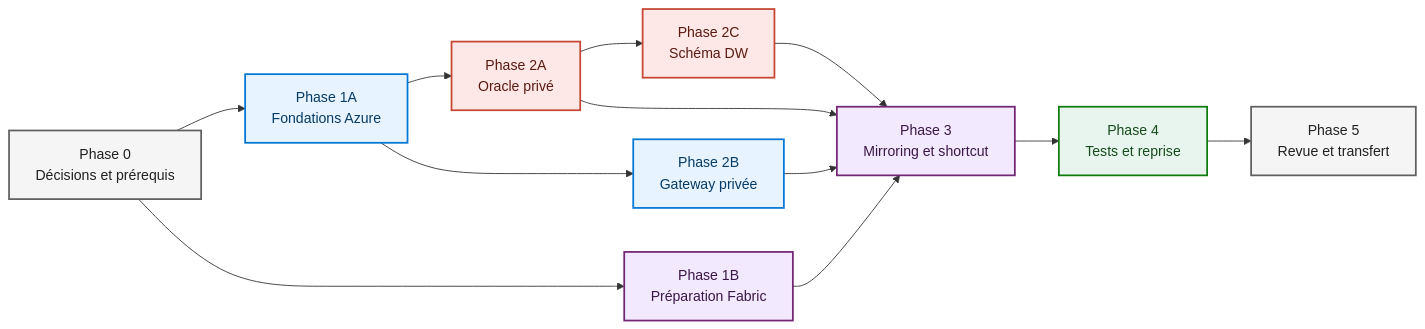
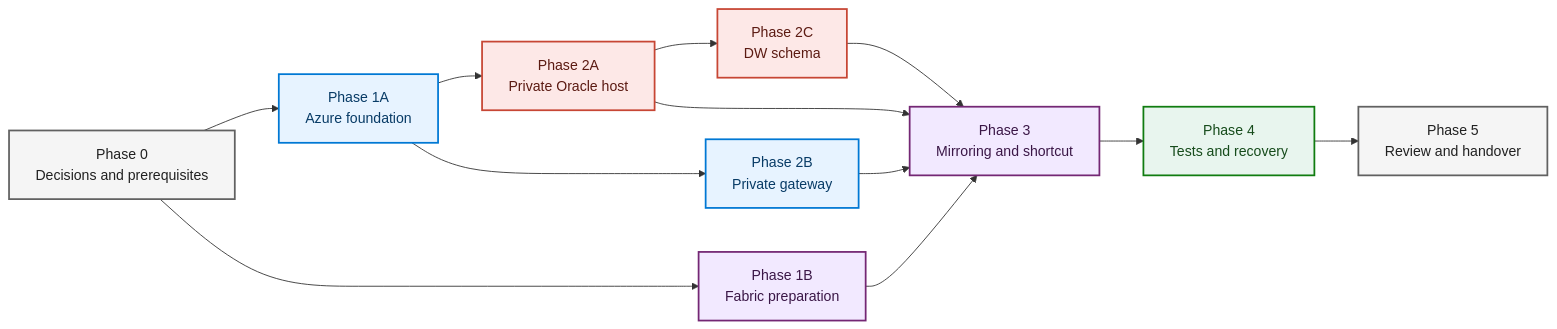
The third of 3 diagrams in README.md (fredgis/oracletofabric), drawn with Mermaid before and after one commit. The commit also changed other lines of this file and 29 other files, not shown here.

First line of the commit message:
docs: add rendered architecture diagrams

````diff
--- a/README.md
+++ b/README.md
@@ -177,35 +198,35 @@
 ```mermaid
 flowchart LR
-    P0[Phase 0<br/>Décisions et prérequis]
-    P1A[Phase 1A<br/>Fondations Azure]
-    P1B[Phase 1B<br/>Préparation Fabric]
-    P2A[Phase 2A<br/>Oracle privé]
-    P2B[Phase 2B<br/>Gateway privée]
-    P2C[Phase 2C<br/>Schéma DW]
-    P3[Phase 3<br/>Mirroring et shortcut]
-    P4[Phase 4<br/>Tests et reprise]
-    P5[Phase 5<br/>Revue et transfert]
+    P0[Phase 0<br/>Decisions and prerequisites]
+    P1A[Phase 1A<br/>Azure foundation]
+    P1B[Phase 1B<br/>Fabric preparation]
+    P2A[Phase 2A<br/>Private Oracle host]
+    P2B[Phase 2B<br/>Private gateway]
+    P2C[Phase 2C<br/>DW schema]
+    P3[Phase 3<br/>Mirroring and shortcut]
+    P4[Phase 4<br/>Tests and recovery]
+    P5[Phase 5<br/>Review and handover]
 
     P0 --> P1A
     P0 --> P1B
     P1A --> P2A
     P1A --> P2B
     P2A --> P2C
     P1B --> P3
     P2A --> P3
     P2B --> P3
     P2C --> P3
     P3 --> P4 --> P5
 
     classDef gate fill:#F5F5F5,stroke:#616161,color:#212121,stroke-width:2px;
     classDef azure fill:#E7F3FF,stroke:#0078D4,color:#083B66,stroke-width:2px;
     classDef oracle fill:#FDE8E7,stroke:#C74634,color:#5B1A12,stroke-width:2px;
     classDef fabric fill:#F2E9FF,stroke:#742774,color:#3B1747,stroke-width:2px;
     classDef test fill:#E8F5EE,stroke:#107C10,color:#164B1B,stroke-width:2px;
 
     class P0,P5 gate;
     class P1A,P2B azure;
     class P2A,P2C oracle;
     class P1B,P3 fabric;
     class P4 test;
 ```
````
